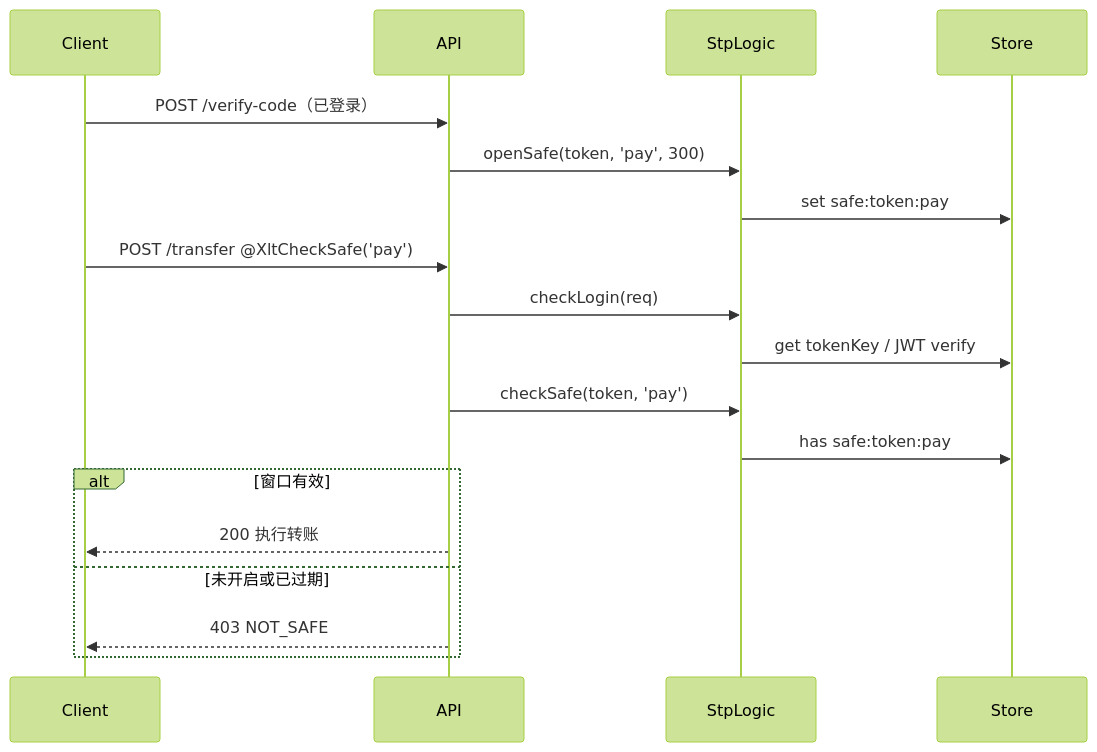
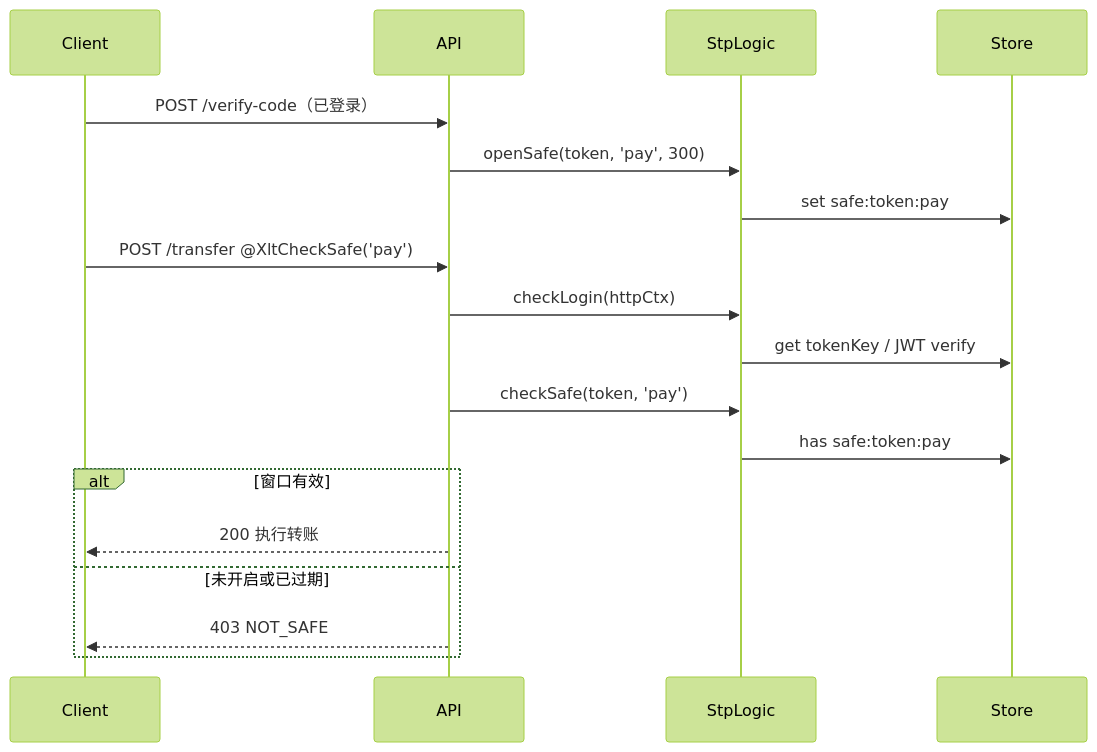
One commit to xiaoLangtou/xlt-token changed the diagram in docs/15-secondary-auth.md. Above: the diagram before and after it, drawn with Mermaid (forest theme). The commit also changed other lines of this file and 65 other files, not shown here.

````diff
--- a/docs/15-secondary-auth.md
+++ b/docs/15-secondary-auth.md
@@ -43,22 +45,22 @@
 ```mermaid
 sequenceDiagram
   participant Client
   participant API
   participant StpLogic
   participant Store
 
   Client->>API: POST /verify-code（已登录）
   API->>StpLogic: openSafe(token, 'pay', 300)
   StpLogic->>Store: set safe:token:pay
 
   Client->>API: POST /transfer @XltCheckSafe('pay')
-  API->>StpLogic: checkLogin(req)
+  API->>StpLogic: checkLogin(httpCtx)
   StpLogic->>Store: get tokenKey / JWT verify
   API->>StpLogic: checkSafe(token, 'pay')
   StpLogic->>Store: has safe:token:pay
   alt 窗口有效
     API-->>Client: 200 执行转账
   else 未开启或已过期
     API-->>Client: 403 NOT_SAFE
   end
 ```
````
